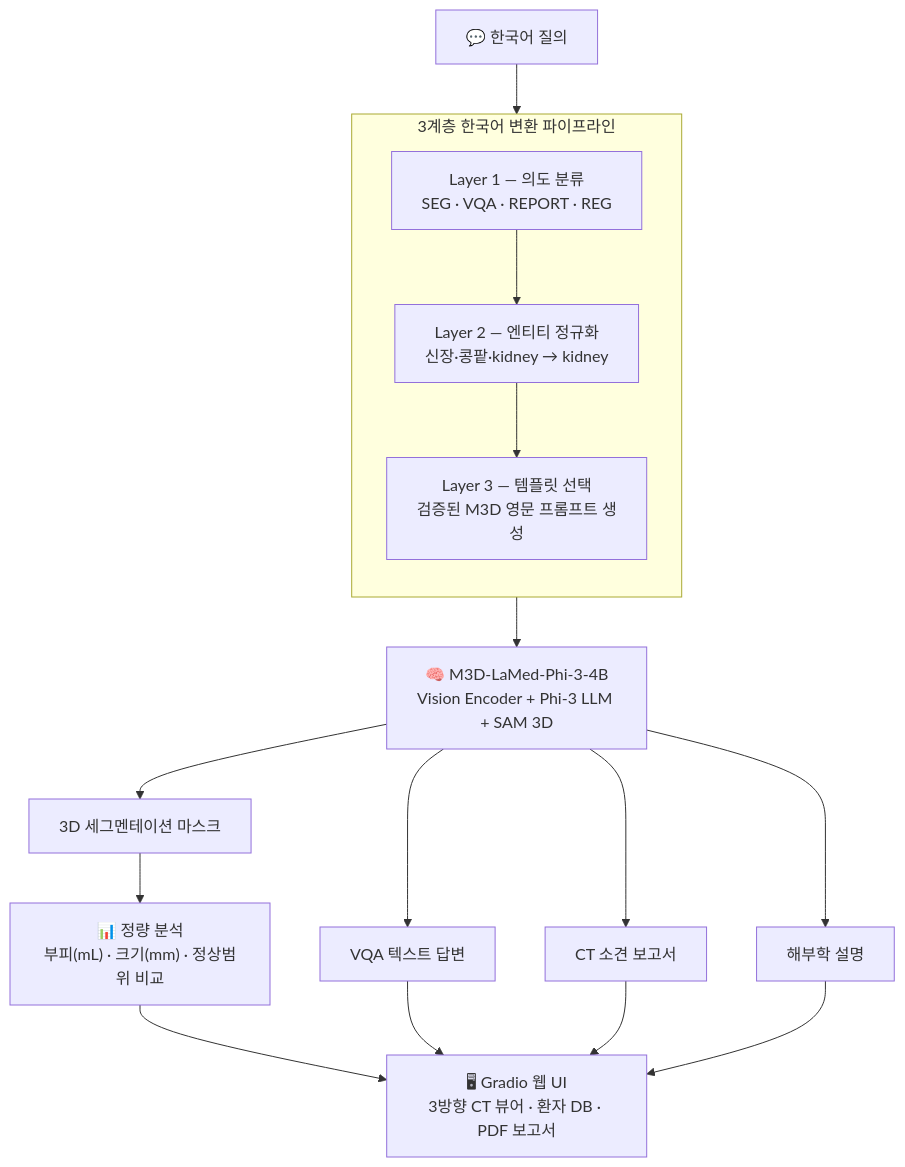
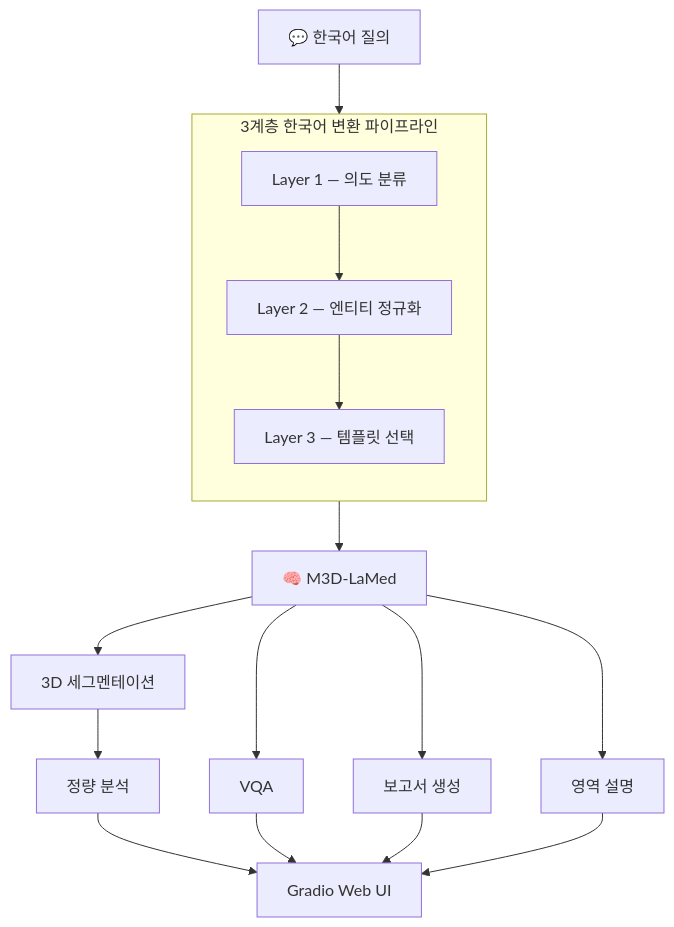
Before and after one commit to yuji4/MedSeg3D-KO: the diagram in README.md, drawn with Mermaid. The commit also changed other lines of this file, not shown here.

````diff
--- a/README.md
+++ b/README.md
@@ -60,27 +100,28 @@
 ```mermaid
 flowchart TD
     A["💬 한국어 질의"] --> L1
 
     subgraph PIPE["3계층 한국어 변환 파이프라인"]
         direction TB
-        L1["Layer 1 — 의도 분류\nSEG · VQA · REPORT · REG"]
-        L2["Layer 2 — 엔티티 정규화\n신장·콩팥·kidney → kidney"]
-        L3["Layer 3 — 템플릿 선택\n검증된 M3D 영문 프롬프트 생성"]
+        L1["Layer 1 — 의도 분류"]
+        L2["Layer 2 — 엔티티 정규화"]
+        L3["Layer 3 — 템플릿 선택"]
         L1 --> L2 --> L3
     end
 
-    L3 --> M["🧠 M3D-LaMed-Phi-3-4B\nVision Encoder + Phi-3 LLM + SAM 3D"]
+    L3 --> M["🧠 M3D-LaMed"]
 
-    M --> R1["3D 세그멘테이션 마스크"]
-    M --> R2["VQA 텍스트 답변"]
-    M --> R3["CT 소견 보고서"]
-    M --> R4["해부학 설명"]
+    M --> R1["3D 세그멘테이션"]
+    M --> R2["VQA"]
+    M --> R3["보고서 생성"]
+    M --> R4["영역 설명"]
 
-    R1 --> Q["📊 정량 분석\n부피(mL) · 크기(mm) · 정상범위 비교"]
+    R1 --> Q["정량 분석"]
     Q --> UI
+
     R2 --> UI
     R3 --> UI
     R4 --> UI
 
-    UI["🖥 Gradio 웹 UI\n3방향 CT 뷰어 · 환자 DB · PDF 보고서"]
+    UI["Gradio Web UI"]
 ```
````
